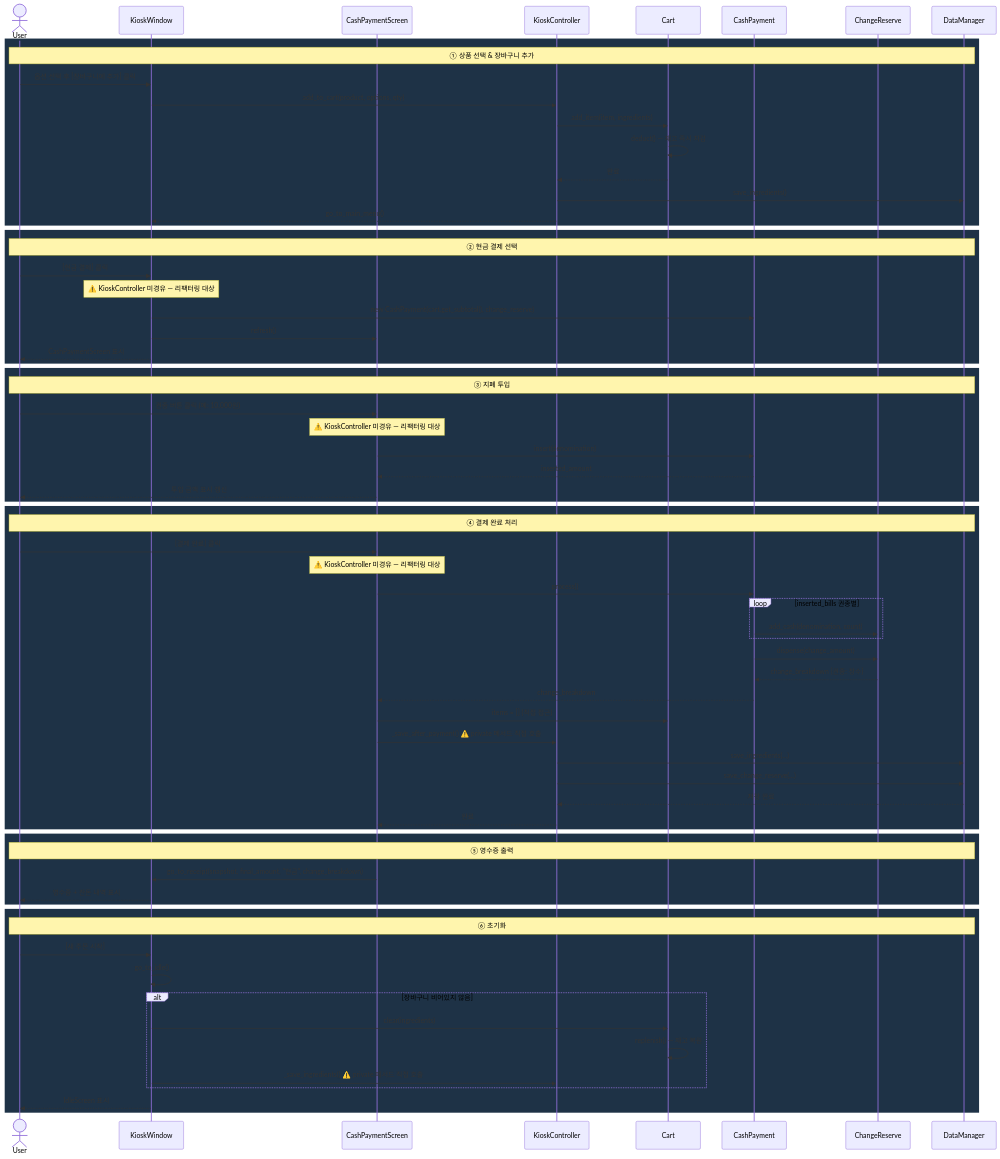
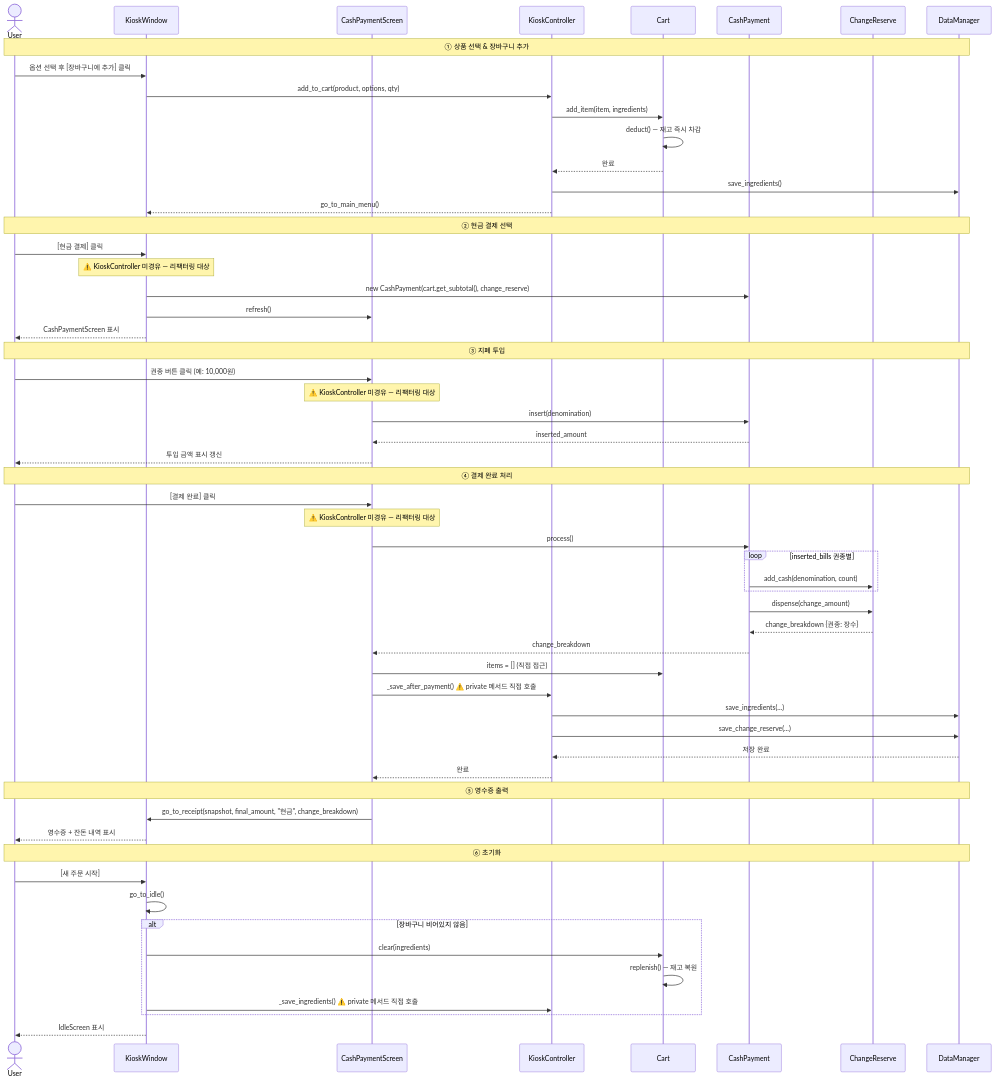
Before and after one commit to yj2trigger/pmg-ic-pbl: the diagram in docs/sequence_diagram.md, drawn with Mermaid.

Commit message:
docs: 시퀀스 다이어그램 배경 제거

````diff
--- a/docs/sequence_diagram.md
+++ b/docs/sequence_diagram.md
@@ -5,77 +5,65 @@
 ```mermaid
 sequenceDiagram
     actor User
     participant GW as KioskWindow
     participant CS as CashPaymentScreen
     participant KC as KioskController
     participant Cart
     participant CP as CashPayment
     participant CR as ChangeReserve
     participant DM as DataManager
 
-    rect rgb(30, 50, 70)
-        Note over User,DM: ① 상품 선택 & 장바구니 추가
-        User->>GW: 옵션 선택 후 [장바구니에 추가] 클릭
-        GW->>KC: add_to_cart(product, options, qty)
-        KC->>Cart: add_item(item, ingredients)
-        Cart->>Cart: deduct() — 재고 즉시 차감
-        Cart-->>KC: 완료
-        KC->>DM: save_ingredients()
-        KC-->>GW: go_to_main_menu()
+    Note over User,DM: ① 상품 선택 & 장바구니 추가
+    User->>GW: 옵션 선택 후 [장바구니에 추가] 클릭
+    GW->>KC: add_to_cart(product, options, qty)
+    KC->>Cart: add_item(item, ingredients)
+    Cart->>Cart: deduct() — 재고 즉시 차감
+    Cart-->>KC: 완료
+    KC->>DM: save_ingredients()
+    KC-->>GW: go_to_main_menu()
+
+    Note over User,DM: ② 현금 결제 선택
+    User->>GW: [현금 결제] 클릭
+    Note over GW: ⚠️ KioskController 미경유 — 리팩터링 대상
+    GW->>CP: new CashPayment(cart.get_subtotal(), change_reserve)
+    GW->>CS: refresh()
+    GW-->>User: CashPaymentScreen 표시
+
+    Note over User,DM: ③ 지폐 투입
+    User->>CS: 권종 버튼 클릭 (예: 10,000원)
+    Note over CS: ⚠️ KioskController 미경유 — 리팩터링 대상
+    CS->>CP: insert(denomination)
+    CP-->>CS: inserted_amount
+    CS-->>User: 투입 금액 표시 갱신
+
+    Note over User,DM: ④ 결제 완료 처리
+    User->>CS: [결제 완료] 클릭
+    Note over CS: ⚠️ KioskController 미경유 — 리팩터링 대상
+    CS->>CP: process()
+    loop inserted_bills 권종별
+        CP->>CR: add_cash(denomination, count)
     end
+    CP->>CR: dispense(change_amount)
+    CR-->>CP: change_breakdown {권종: 장수}
+    CP-->>CS: change_breakdown
+    CS->>Cart: items = [] (직접 접근)
+    CS->>KC: _save_after_payment() ⚠️ private 메서드 직접 호출
+    KC->>DM: save_ingredients(...)
+    KC->>DM: save_change_reserve(...)
+    DM-->>KC: 저장 완료
+    KC-->>CS: 완료
 
-    rect rgb(30, 50, 70)
-        Note over User,DM: ② 현금 결제 선택
-        User->>GW: [현금 결제] 클릭
-        Note over GW: ⚠️ KioskController 미경유 — 리팩터링 대상
-        GW->>CP: new CashPayment(cart.get_subtotal(), change_reserve)
-        GW->>CS: refresh()
-        GW-->>User: CashPaymentScreen 표시
+    Note over User,DM: ⑤ 영수증 출력
+    CS->>GW: go_to_receipt(snapshot, final_amount, "현금", change_breakdown)
+    GW-->>User: 영수증 + 잔돈 내역 표시
+
+    Note over User,DM: ⑥ 초기화
+    User->>GW: [새 주문 시작]
+    GW->>GW: go_to_idle()
+    alt 장바구니 비어있지 않음
+        GW->>Cart: clear(ingredients)
+        Cart->>Cart: replenish() — 재고 복원
+        GW->>KC: _save_ingredients() ⚠️ private 메서드 직접 호출
     end
-
-    rect rgb(30, 50, 70)
-        Note over User,DM: ③ 지폐 투입
-        User->>CS: 권종 버튼 클릭 (예: 10,000원)
-        Note over CS: ⚠️ KioskController 미경유 — 리팩터링 대상
-        CS->>CP: insert(denomination)
-        CP-->>CS: inserted_amount
-        CS-->>User: 투입 금액 표시 갱신
-    end
-
-    rect rgb(30, 50, 70)
-        Note over User,DM: ④ 결제 완료 처리
-        User->>CS: [결제 완료] 클릭
-        Note over CS: ⚠️ KioskController 미경유 — 리팩터링 대상
-        CS->>CP: process()
-        loop inserted_bills 권종별
-            CP->>CR: add_cash(denomination, count)
-        end
-        CP->>CR: dispense(change_amount)
-        CR-->>CP: change_breakdown {권종: 장수}
-        CP-->>CS: change_breakdown
-        CS->>Cart: items = [] (직접 접근)
-        CS->>KC: _save_after_payment() ⚠️ private 메서드 직접 호출
-        KC->>DM: save_ingredients(...)
-        KC->>DM: save_change_reserve(...)
-        DM-->>KC: 저장 완료
-        KC-->>CS: 완료
-    end
-
-    rect rgb(30, 50, 70)
-        Note over User,DM: ⑤ 영수증 출력
-        CS->>GW: go_to_receipt(snapshot, final_amount, "현금", change_breakdown)
-        GW-->>User: 영수증 + 잔돈 내역 표시
-    end
-
-    rect rgb(30, 50, 70)
-        Note over User,DM: ⑥ 초기화
-        User->>GW: [새 주문 시작]
-        GW->>GW: go_to_idle()
-        alt 장바구니 비어있지 않음
-            GW->>Cart: clear(ingredients)
-            Cart->>Cart: replenish() — 재고 복원
-            GW->>KC: _save_ingredients() ⚠️ private 메서드 직접 호출
-        end
-        GW-->>User: IdleScreen 표시
-    end
+    GW-->>User: IdleScreen 표시
 ```
````
